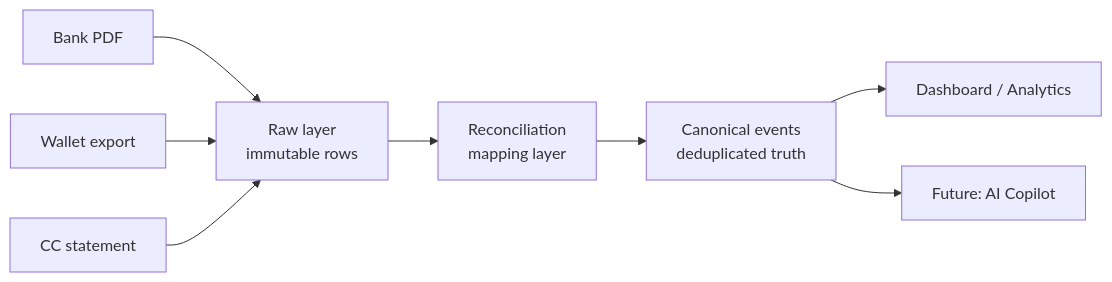
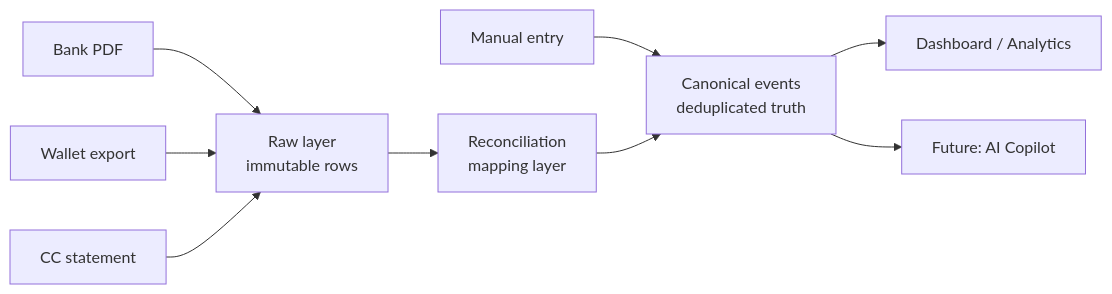
Before and after one commit to Loki1928/Finsight: the diagram in README.md, drawn with Mermaid. The commit also changed other lines of this file and 4 other files, not shown here.

````diff
--- a/README.md
+++ b/README.md
@@ -37,10 +38,11 @@
 ```mermaid
 flowchart LR
     A[Bank PDF] --> R[Raw layer<br/>immutable rows]
     B[Wallet export] --> R
     C[CC statement] --> R
-    R --> M[Reconciliation<br/>mapping layer]
-    M --> E[Canonical events<br/>deduplicated truth]
+    M[Manual entry] --> E
+    R --> X[Reconciliation<br/>mapping layer]
+    X --> E[Canonical events<br/>deduplicated truth]
     E --> D[Dashboard / Analytics]
     E --> Q[Future: AI Copilot]
 ```
````
